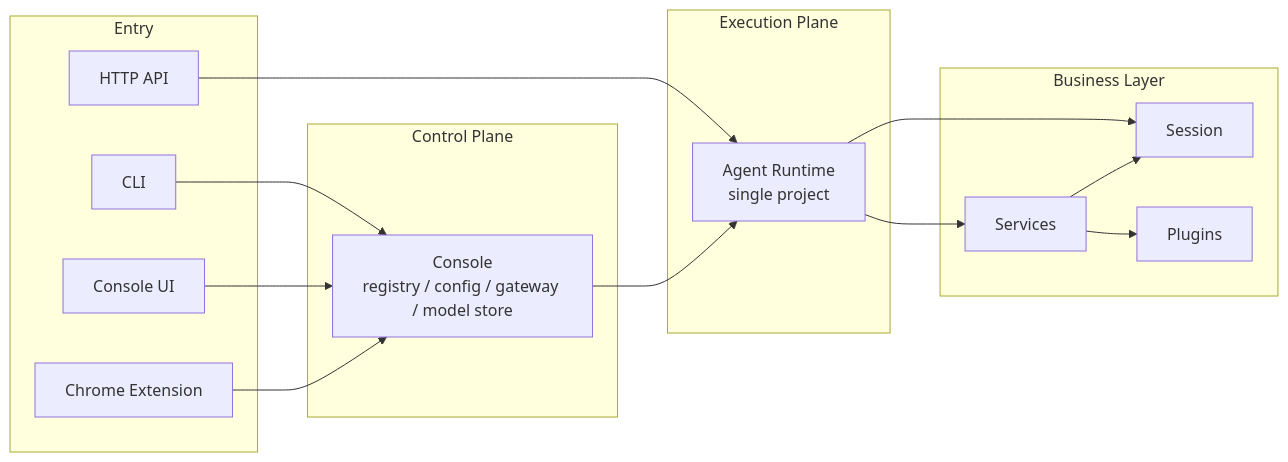
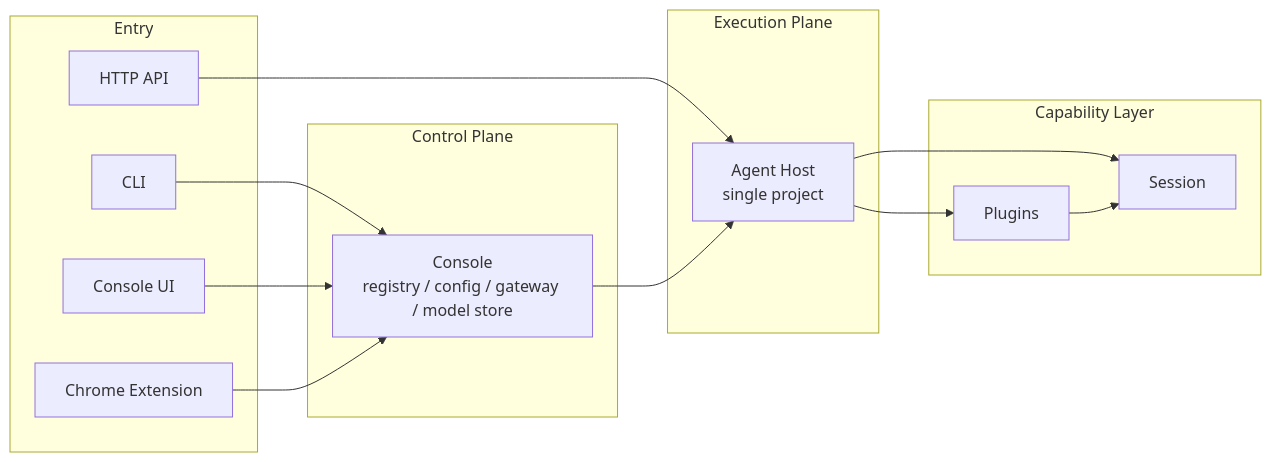
One commit to wangenius/downcity changed the first of 3 diagrams in homepage/content/devdocs/en/architecture/system-logic.mdx. Above: the diagram before and after it, drawn with Mermaid. The commit also changed other lines of this file and 433 other files, not shown here.

Commit message:
refactor(agent,city): unify plugin-session architecture

````diff
--- a/homepage/content/devdocs/en/architecture/system-logic.mdx
+++ b/homepage/content/devdocs/en/architecture/system-logic.mdx
@@ -19,33 +19,31 @@
 ```mermaid
 flowchart LR
   subgraph Entry["Entry"]
     CLI["CLI"]
     UI["Console UI"]
     EXT["Chrome Extension"]
     API["HTTP API"]
   end
 
   subgraph Control["Control Plane"]
     CONSOLE["Console<br/>registry / config / gateway / model store"]
   end
 
   subgraph Runtime["Execution Plane"]
-    AGENT["Agent Runtime<br/>single project"]
+    AGENT["Agent Host<br/>single project"]
   end
 
-  subgraph Business["Business Layer"]
+  subgraph Capability["Capability Layer"]
     SESSION["Session"]
-    SERVICES["Services"]
     PLUGINS["Plugins"]
   end
 
   CLI --> CONSOLE
   UI --> CONSOLE
   EXT --> CONSOLE
   API --> AGENT
   CONSOLE --> AGENT
   AGENT --> SESSION
-  AGENT --> SERVICES
-  SERVICES --> PLUGINS
-  SERVICES --> SESSION
+  AGENT --> PLUGINS
+  PLUGINS --> SESSION
 ```
````
